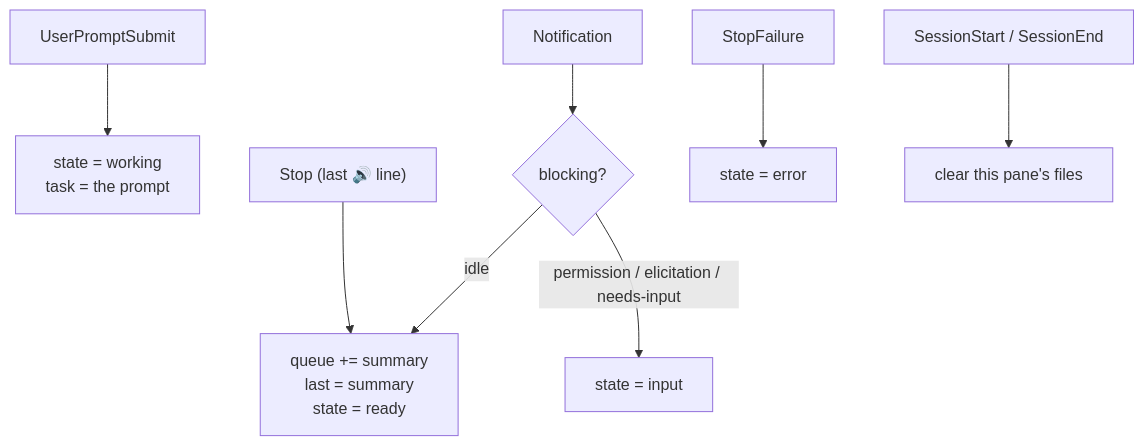
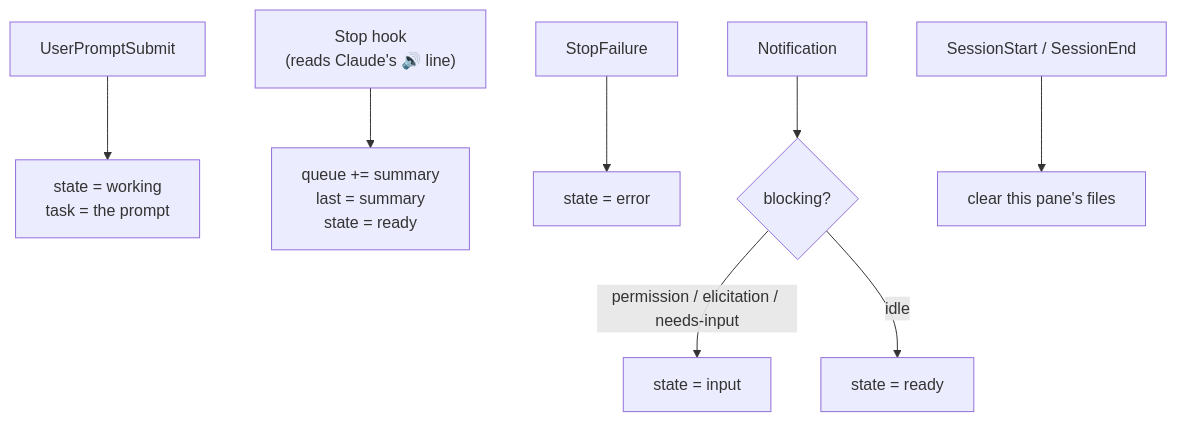
One commit to Louis-Mascari/aloud changed the first of 2 diagrams in docs/architecture.md. Above: the diagram before and after it, drawn with Mermaid. The commit also changed other lines of this file and 12 other files, not shown here.

````diff
--- a/docs/architecture.md
+++ b/docs/architecture.md
@@ -24,10 +24,10 @@
 ```mermaid
 flowchart TD
     U["UserPromptSubmit"] --> W["state = working<br/>task = the prompt"]
-    S["Stop (last 🔊 line)"] --> R["queue += summary<br/>last = summary<br/>state = ready"]
+    S["Stop hook<br/>(reads Claude's 🔊 line)"] --> R["queue += summary<br/>last = summary<br/>state = ready"]
     SF["StopFailure"] --> E["state = error"]
     N["Notification"] --> NB{"blocking?"}
     NB -->|"permission / elicitation / needs-input"| I["state = input"]
-    NB -->|"idle"| R
+    NB -->|"idle"| IR["state = ready"]
     SE["SessionStart / SessionEnd"] --> C["clear this pane's files"]
 ```
````
